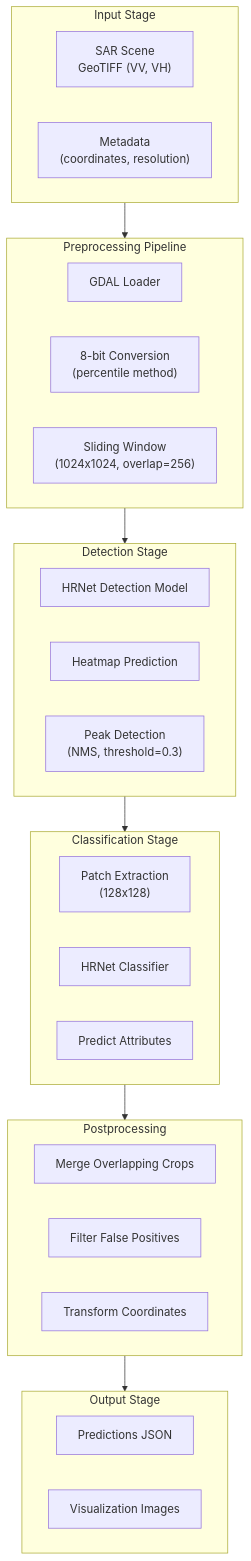
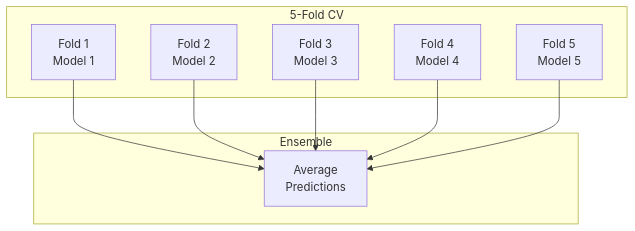
Before and after one commit to rerangst/geobayai_lab: the ninth of 10 diagrams in research/chuong-06-xview-challenges/muc-03-xview3-maritime/04-giai-ba.md, drawn with Mermaid. The commit also changed other lines of this file and 18 other files, not shown here.

````diff
--- a/research/chuong-06-xview-challenges/muc-03-xview3-maritime/04-giai-ba.md
+++ b/research/chuong-06-xview-challenges/muc-03-xview3-maritime/04-giai-ba.md
@@ -1270,42 +251,20 @@
 ```mermaid
 flowchart TB
-    subgraph Input["Input Stage"]
-        SAR["SAR Scene<br/>GeoTIFF (VV, VH)"]
-        Meta["Metadata<br/>(coordinates, resolution)"]
+    subgraph CV["5-Fold CV"]
+        F1["Fold 1<br/>Model 1"]
+        F2["Fold 2<br/>Model 2"]
+        F3["Fold 3<br/>Model 3"]
+        F4["Fold 4<br/>Model 4"]
+        F5["Fold 5<br/>Model 5"]
     end
 
-    subgraph Preprocessing["Preprocessing Pipeline"]
-        Load["GDAL Loader"]
-        Convert["8-bit Conversion<br/>(percentile method)"]
-        Crop["Sliding Window<br/>(1024x1024, overlap=256)"]
+    subgraph ENS["Ensemble"]
+        AVG["Average<br/>Predictions"]
     end
 
-    subgraph Detection["Detection Stage"]
-        DetModel["HRNet Detection Model"]
-        Heatmap["Heatmap Prediction"]
-        Peak["Peak Detection<br/>(NMS, threshold=0.3)"]
-    end
-
-    subgraph Classification["Classification Stage"]
-        PatchExtract["Patch Extraction<br/>(128x128)"]
-        ClassModel["HRNet Classifier"]
-        Attributes["Predict Attributes"]
-    end
-
-    subgraph Postprocessing["Postprocessing"]
-        Merge["Merge Overlapping Crops"]
-        Filter["Filter False Positives"]
-        Transform["Transform Coordinates"]
-    end
-
-    subgraph Output["Output Stage"]
-        Predictions["Predictions JSON"]
-        Visualization["Visualization Images"]
-    end
-
-    Input --> Preprocessing
-    Preprocessing --> Detection
-    Detection --> Classification
-    Classification --> Postprocessing
-    Postprocessing --> Output
+    F1 --> AVG
+    F2 --> AVG
+    F3 --> AVG
+    F4 --> AVG
+    F5 --> AVG
 ```
````
